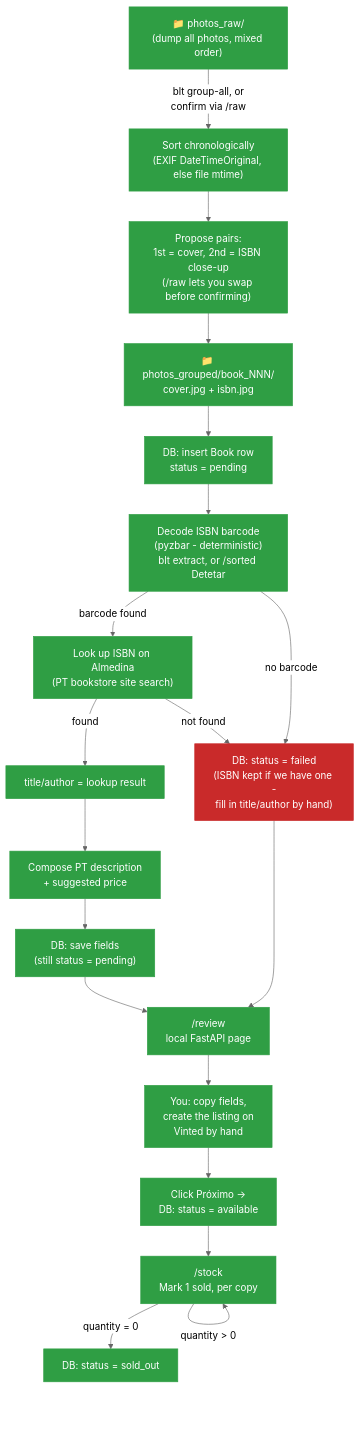
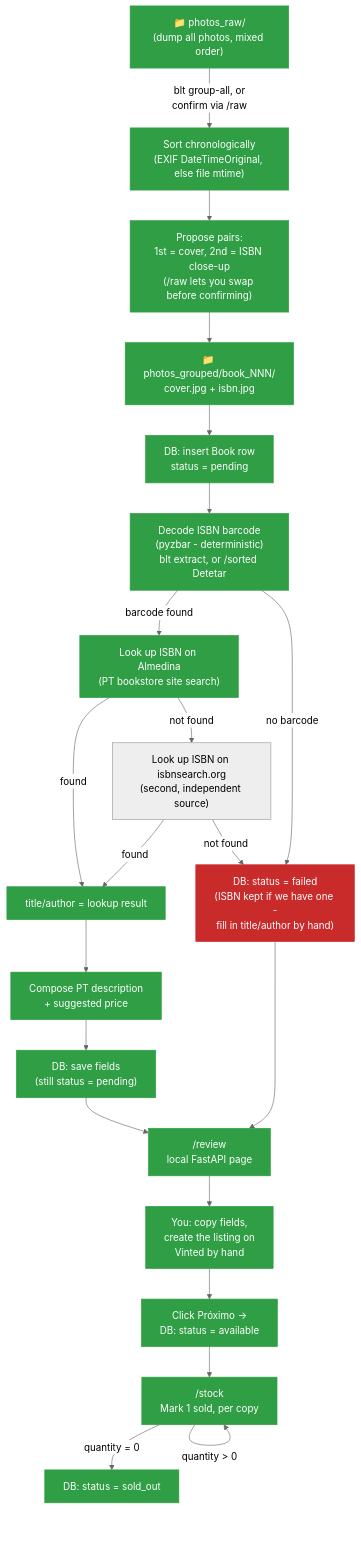
One commit to gab-es21/book-listing-automation changed the diagram in README.md. Above: the diagram before and after it, drawn with Mermaid (neutral theme). The commit also changed other lines of this file and 6 other files, not shown here.

First line of the commit message:
feat: add isbnsearch.org as a second ISBN lookup source when Almedina misses

````diff
--- a/README.md
+++ b/README.md
@@ -50,30 +50,32 @@
 ```mermaid
 flowchart TD
     A["📁 photos_raw/\n(dump all photos, mixed order)"] -->|"blt group-all, or\nconfirm via /raw"| B["Sort chronologically\n(EXIF DateTimeOriginal, else file mtime)"]
     B --> C["Propose pairs:\n1st = cover, 2nd = ISBN close-up\n(/raw lets you swap before confirming)"]
     C --> D["📁 photos_grouped/book_NNN/\ncover.jpg + isbn.jpg"]
     D --> E["DB: insert Book row\nstatus = pending"]
 
     E --> F["Decode ISBN barcode\n(pyzbar - deterministic)\nblt extract, or /sorted Detetar"]
     F -->|"barcode found"| G["Look up ISBN on Almedina\n(PT bookstore site search)"]
     G -->|"found"| H1["title/author = lookup result"]
-    G -->|"not found"| Z["DB: status = failed\n(ISBN kept if we have one -\nfill in title/author by hand)"]
+    G -->|"not found"| G2["Look up ISBN on isbnsearch.org\n(second, independent source)"]
+    G2 -->|"found"| H1
+    G2 -->|"not found"| Z["DB: status = failed\n(ISBN kept if we have one -\nfill in title/author by hand)"]
     F -->|"no barcode"| Z
 
     H1 --> I["Compose PT description\n+ suggested price"]
     I --> J["DB: save fields\n(still status = pending)"]
 
     J --> K["/review\nlocal FastAPI page"]
     Z --> K
     K --> L["You: copy fields,\ncreate the listing on\nVinted by hand"]
     L --> M["Click Próximo →\nDB: status = available"]
     M --> N["/stock\nMark 1 sold, per copy"]
     N -->|"quantity > 0"| N
     N -->|"quantity = 0"| O["DB: status = sold_out"]
 
     class A,B,C,D,E,F,G,H1,I,J,K,L,M,N,O done
     class Z failed
 
     classDef done fill:#2f9e44,color:#fff,stroke:#2f9e44
     classDef failed fill:#c92a2a,color:#fff,stroke:#c92a2a
 ```
````
